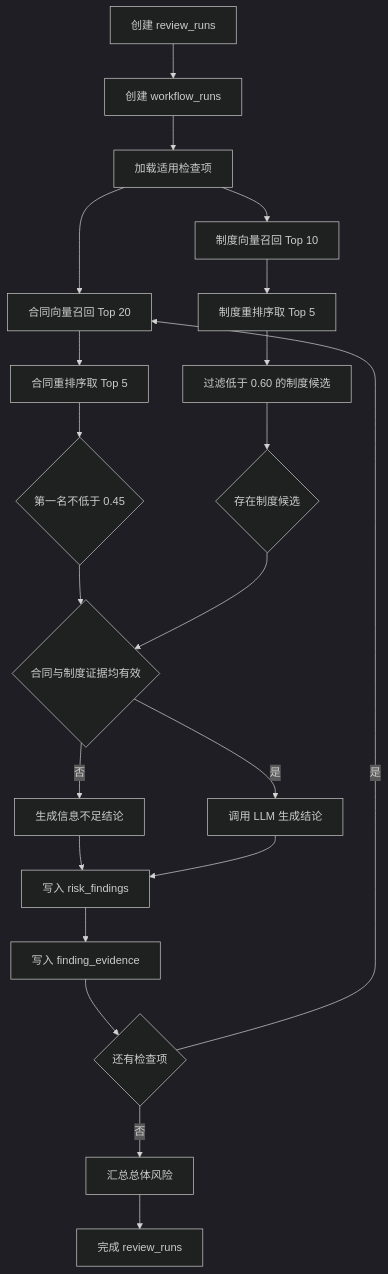
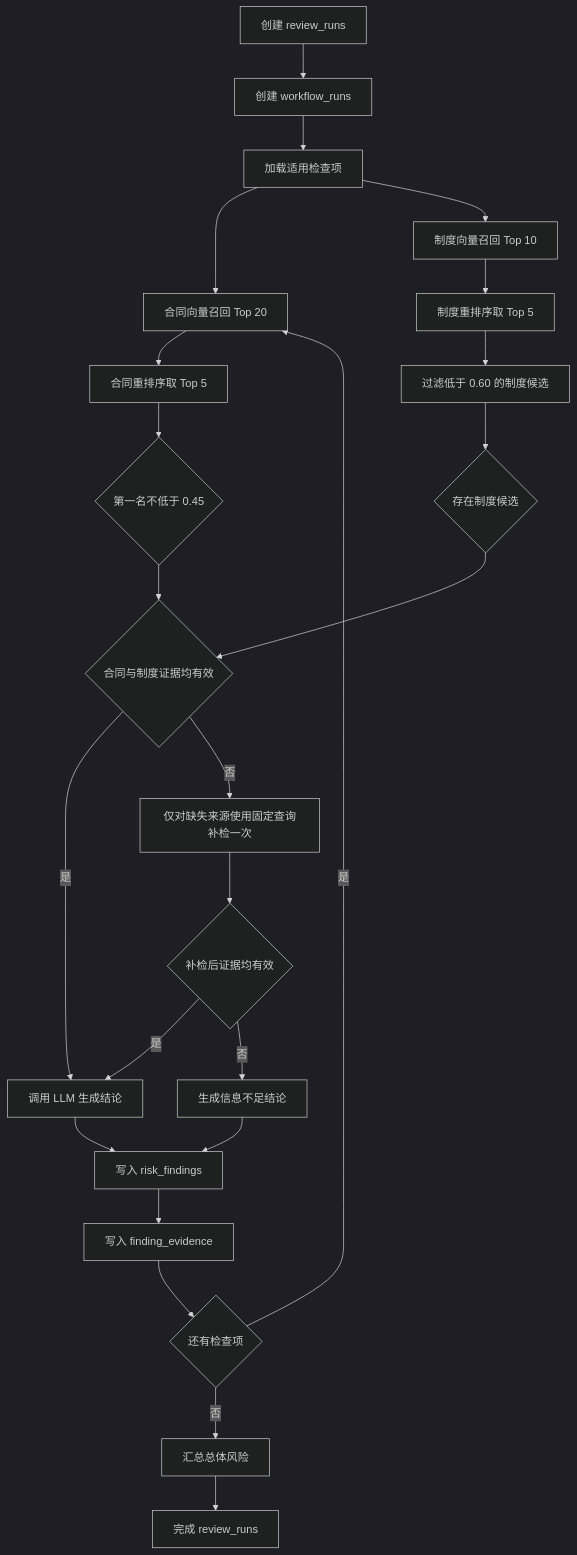
The second of 2 diagrams in docs/database-design.md (Damei-you/Intelligent-approval-assistance-platform), drawn with Mermaid (dark theme) before and after one commit. The commit also changed other lines of this file and 10 other files, not shown here.

````diff
--- a/docs/database-design.md
+++ b/docs/database-design.md
@@ -255,23 +255,26 @@
 ```mermaid
 flowchart TD
     A[创建 review_runs] --> B[创建 workflow_runs]
     B --> C[加载适用检查项]
     C --> D[合同向量召回 Top 20]
     D --> DR[合同重排序取 Top 5]
     DR --> DG{第一名不低于 0.45}
     C --> E[制度向量召回 Top 10]
     E --> R[制度重排序取 Top 5]
     R --> PF[过滤低于 0.60 的制度候选]
     PF --> PG{存在制度候选}
     DG --> X{合同与制度证据均有效}
     PG --> X
     X -- 是 --> F[调用 LLM 生成结论]
-    X -- 否 --> FI[生成信息不足结论]
+    X -- 否 --> RT[仅对缺失来源使用固定查询补检一次]
+    RT --> RX{补检后证据均有效}
+    RX -- 是 --> F
+    RX -- 否 --> FI[生成信息不足结论]
     FI --> G[写入 risk_findings]
     F --> G[写入 risk_findings]
     G --> H[写入 finding_evidence]
     H --> I{还有检查项}
     I -- 是 --> D
     I -- 否 --> J[汇总总体风险]
     J --> K[完成 review_runs]
 ```
````
